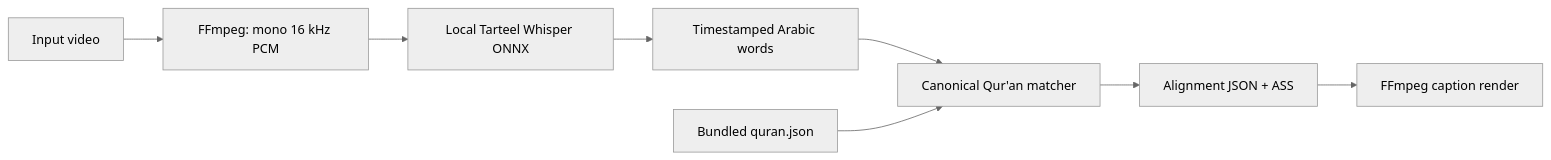
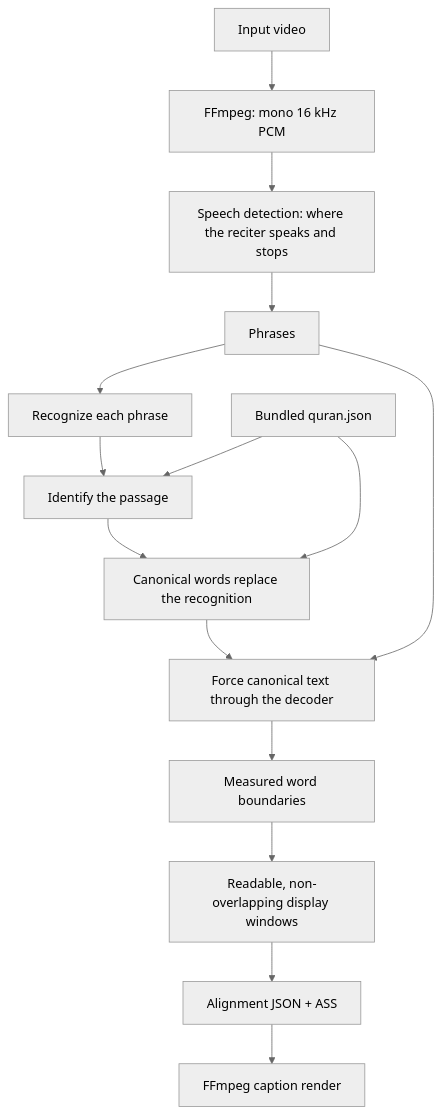
The diagram in README.md (Sharjeelbaig/Transcribe-Quran), drawn with Mermaid (neutral theme) before and after one commit. The commit also changed other lines of this file and 28 other files, not shown here.

````diff
--- a/README.md
+++ b/README.md
@@ -146,10 +221,17 @@
 ```mermaid
-flowchart LR
+flowchart TB
   A["Input video"] --> B["FFmpeg: mono 16 kHz PCM"]
-  B --> C["Local Tarteel Whisper ONNX"]
-  C --> D["Timestamped Arabic words"]
-  D --> E["Canonical Qur'an matcher"]
-  Q["Bundled quran.json"] --> E
-  E --> F["Alignment JSON + ASS"]
-  F --> G["FFmpeg caption render"]
+  B --> C["Speech detection: where the reciter speaks and stops"]
+  C --> D["Phrases"]
+  D --> E["Recognize each phrase"]
+  E --> F["Identify the passage"]
+  Q["Bundled quran.json"] --> F
+  F --> G["Canonical words replace the recognition"]
+  Q --> G
+  G --> H["Force canonical text through the decoder"]
+  D --> H
+  H --> I["Measured word boundaries"]
+  I --> J["Readable, non-overlapping display windows"]
+  J --> K["Alignment JSON + ASS"]
+  K --> L["FFmpeg caption render"]
 ```
````
